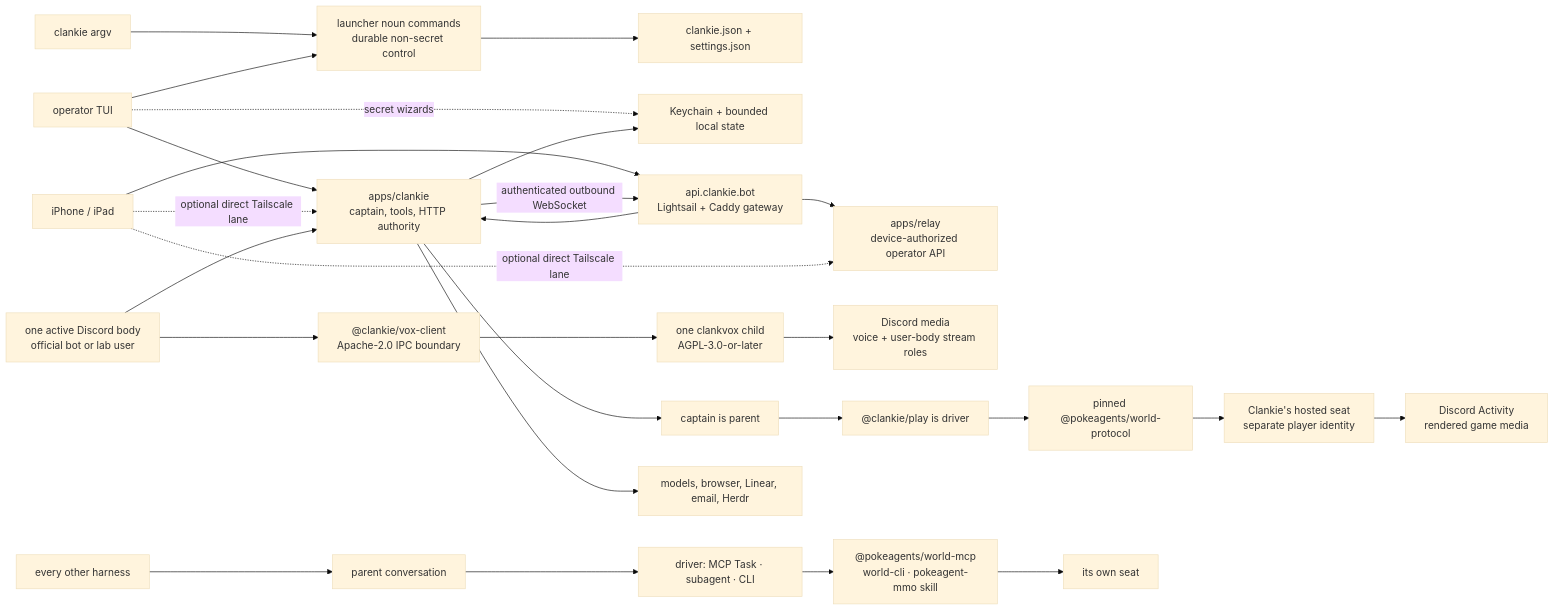
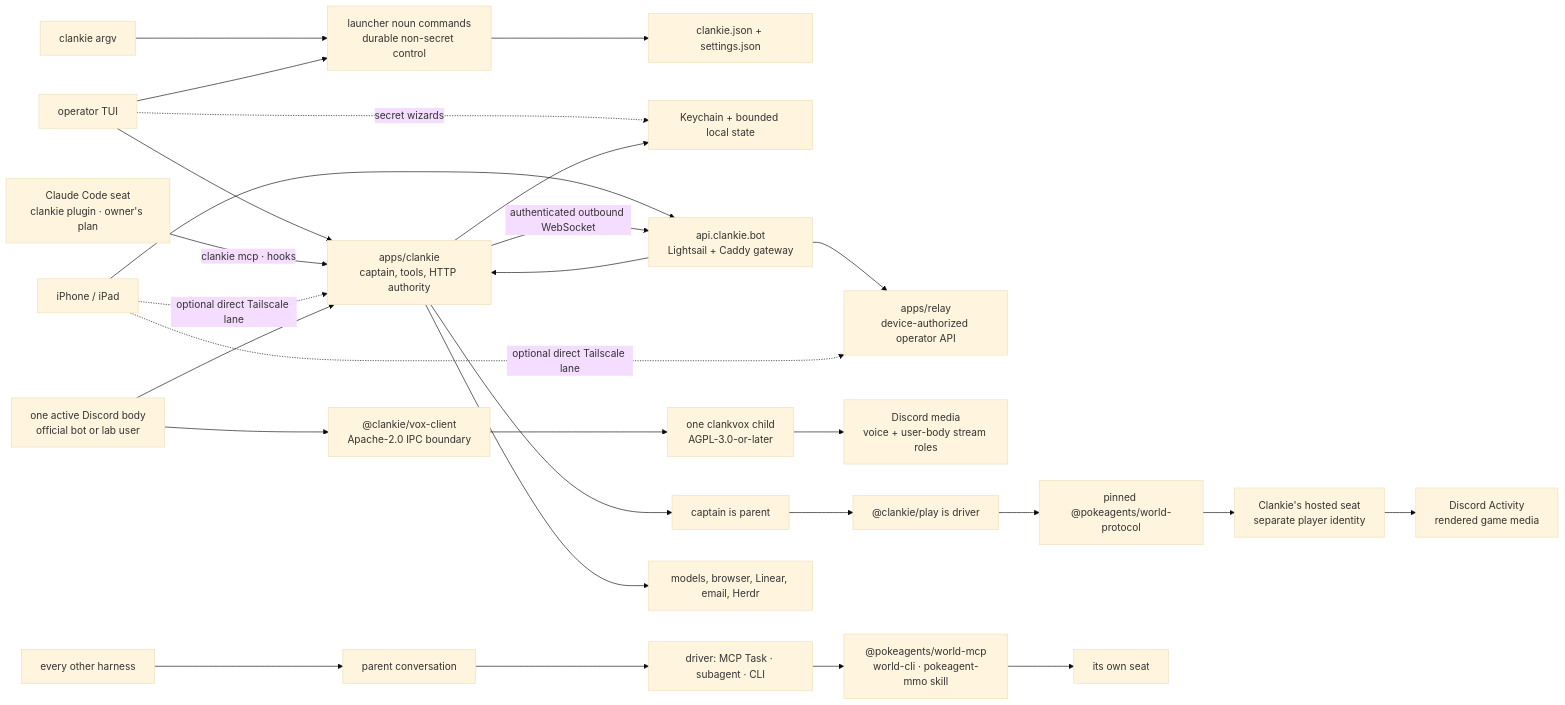
The diagram in docs/architecture.md (Volpestyle/clankie), drawn with Mermaid (base theme) before and after one commit. The commit also changed other lines of this file and 4 other files, not shown here.

First line of the commit message:
ADR 0152: a harness takes the operator seat (VUH-1087)

````diff
--- a/docs/architecture.md
+++ b/docs/architecture.md
@@ -7,22 +7,23 @@
 ```mermaid
 flowchart LR
   Argv["clankie argv"] --> Commands["launcher noun commands<br/>durable non-secret control"]
   TUI["operator TUI"] --> Commands --> Config["clankie.json + settings.json"]
   TUI --> Service["apps/clankie<br/>captain, tools, HTTP authority"]
   TUI -. "secret wizards" .-> State
+  OperatorSeat["Claude Code seat<br/>clankie plugin · owner's plan"] -->|"clankie mcp · hooks"| Service
   Phone["iPhone / iPad"] --> Gateway["api.clankie.bot<br/>Lightsail + Caddy gateway"]
   Service -->|"authenticated outbound WebSocket"| Gateway
   Gateway --> Relay["apps/relay<br/>device-authorized operator API"]
   Gateway --> Service
   Phone -. "optional direct Tailscale lane" .-> Relay
   Phone -. "optional direct Tailscale lane" .-> Service
   Body["one active Discord body<br/>official bot or lab user"] --> Service
   Body --> Client["@clankie/vox-client<br/>Apache-2.0 IPC boundary"]
   Client --> Vox["one clankvox child<br/>AGPL-3.0-or-later"]
   Vox --> Media["Discord media<br/>voice + user-body stream roles"]
   Service --> CaptainParent["captain is parent"] --> PlayDriver["@clankie/play is driver"] --> Contract["pinned @pokeagents/world-protocol"] --> Seat["Clankie's hosted seat<br/>separate player identity"]
   Seat --> Activity["Discord Activity<br/>rendered game media"]
   Harness["every other harness"] --> OtherParent["parent conversation"] --> OtherDriver["driver: MCP Task · subagent · CLI"] --> Doors["@pokeagents/world-mcp<br/>world-cli · pokeagent-mmo skill"] --> OtherSeat["its own seat"]
   Service --> State["Keychain + bounded local state"]
   Service --> External["models, browser, Linear, email, Herdr"]
 ```
````
